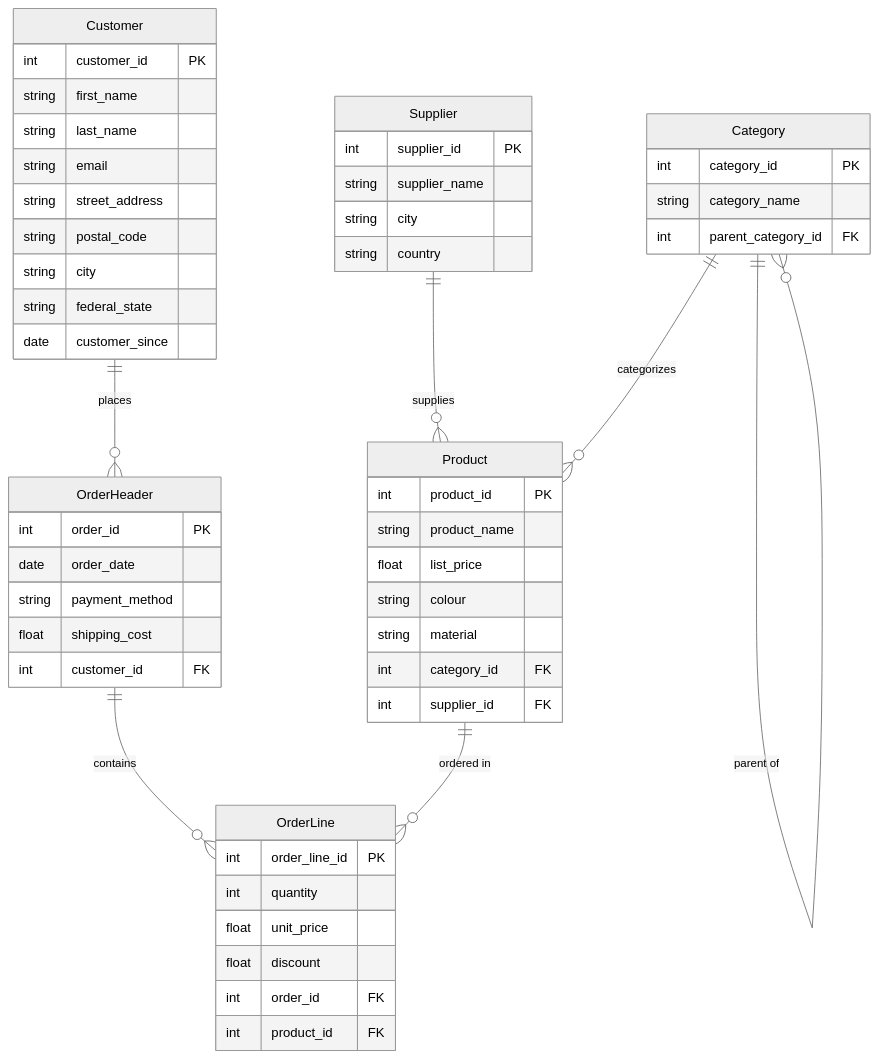
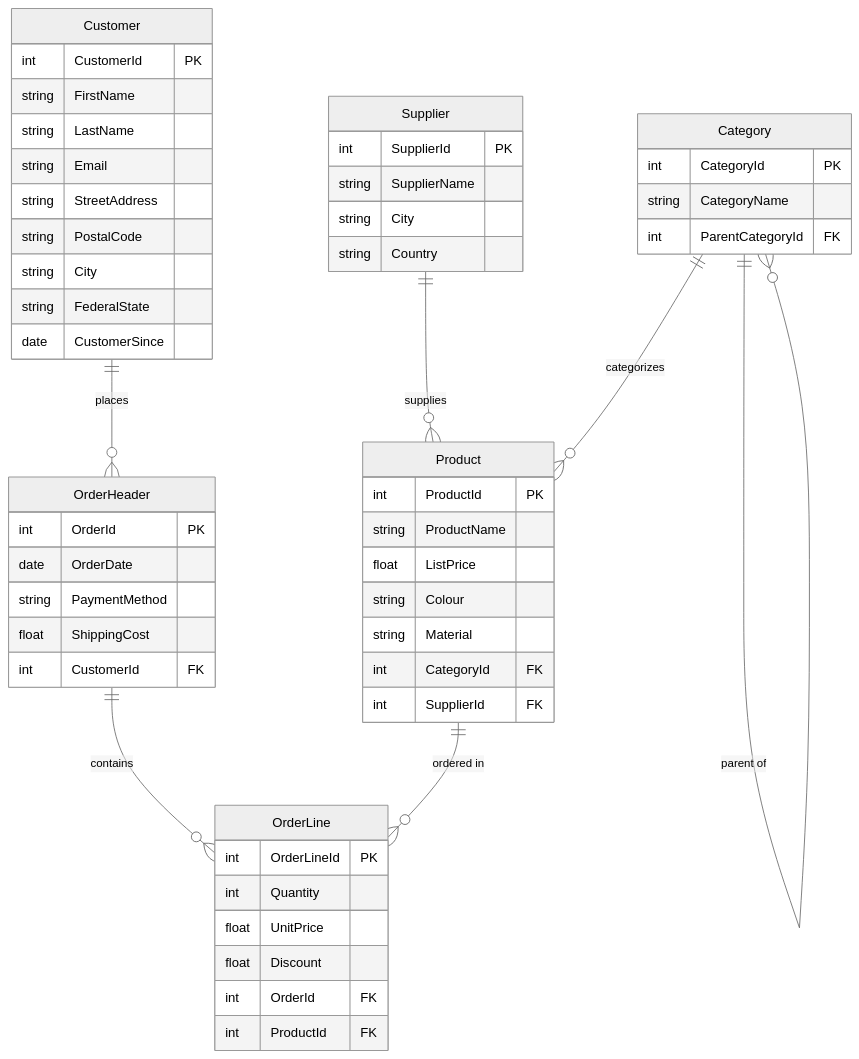
Before and after one commit to pubali512/py_projects: the first of 3 diagrams in online_furniture_data_warehousing/docs/project_documentation.md, drawn with Mermaid (neutral theme). The commit also changed other lines of this file and 27 other files, not shown here.

````diff
--- a/online_furniture_data_warehousing/docs/project_documentation.md
+++ b/online_furniture_data_warehousing/docs/project_documentation.md
@@ -9,56 +9,56 @@
 ```mermaid
 erDiagram
     Supplier {
-        int supplier_id PK
-        string supplier_name
-        string city
-        string country
+        int SupplierId PK
+        string SupplierName
+        string City
+        string Country
     }
     Category {
-        int category_id PK
-        string category_name
-        int parent_category_id FK
+        int CategoryId PK
+        string CategoryName
+        int ParentCategoryId FK
     }
     Product {
-        int product_id PK
-        string product_name
-        float list_price
-        string colour
-        string material
-        int category_id FK
-        int supplier_id FK
+        int ProductId PK
+        string ProductName
+        float ListPrice
+        string Colour
+        string Material
+        int CategoryId FK
+        int SupplierId FK
     }
     Customer {
-        int customer_id PK
-        string first_name
-        string last_name
-        string email
-        string street_address
-        string postal_code
-        string city
-        string federal_state
-        date customer_since
+        int CustomerId PK
+        string FirstName
+        string LastName
+        string Email
+        string StreetAddress
+        string PostalCode
+        string City
+        string FederalState
+        date CustomerSince
     }
     OrderHeader {
-        int order_id PK
-        date order_date
-        string payment_method
-        float shipping_cost
-        int customer_id FK
+        int OrderId PK
+        date OrderDate
+        string PaymentMethod
+        float ShippingCost
+        int CustomerId FK
     }
     OrderLine {
-        int order_line_id PK
-        int quantity
-        float unit_price
-        float discount
-        int order_id FK
-        int product_id FK
+        int OrderLineId PK
+        int Quantity
+        float UnitPrice
+        float Discount
+        int OrderId FK
+        int ProductId FK
     }
 
     Supplier    ||--o{ Product      : "supplies"
     Category    ||--o{ Product      : "categorizes"
     Category    ||--o{ Category     : "parent of"
     Customer    ||--o{ OrderHeader : "places"
     OrderHeader ||--o{ OrderLine  : "contains"
     Product     ||--o{ OrderLine   : "ordered in"
 ```
````
